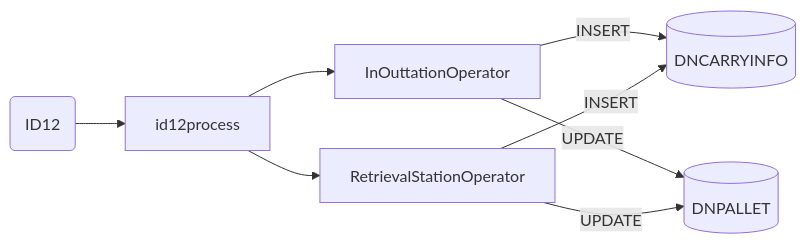
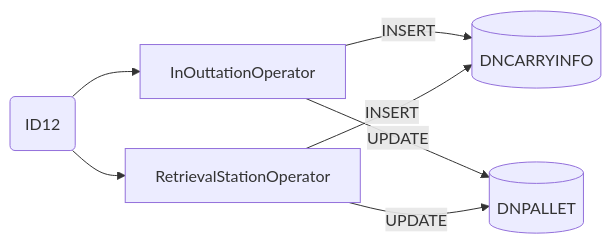
The fourth of 10 diagrams in Basic-Design/DFD-WMS/Retrieval/Unplanned-Retrieval-to-HP-Area.md (luthfiadityaa/SimeDarby-Wiki), drawn with Mermaid before and after one commit.

Commit message:
Updated Unplanned Retrieval to HP Area

```diff
--- a/Basic-Design/DFD-WMS/Retrieval/Unplanned-Retrieval-to-HP-Area.md
+++ b/Basic-Design/DFD-WMS/Retrieval/Unplanned-Retrieval-to-HP-Area.md
@@ -195,26 +195,26 @@
 ::: mermaid
 flowchart LR
 
 id26msg("
 ID12
 ")
 
 id26-insert[("
 DNCARRYINFO
 ")]
 
 id26-update[("
 DNPALLET
 ")]
 
 retrievalstationoperator[RetrievalStationOperator]
 inoutstationoperator[InOuttationOperator]
 
-id26msg-->id12process
-id12process-->inoutstationoperator
-id12process-->retrievalstationoperator
+id26msg
+id26msg-->inoutstationoperator
+id26msg-->retrievalstationoperator
 inoutstationoperator--> |INSERT| id26-insert
 inoutstationoperator--> |UPDATE| id26-update
 retrievalstationoperator--> |INSERT| id26-insert
 retrievalstationoperator--> |UPDATE| id26-update
 :::
```
